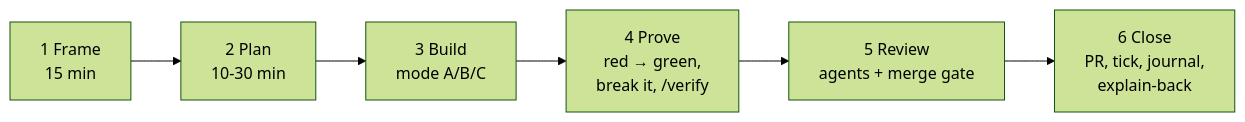
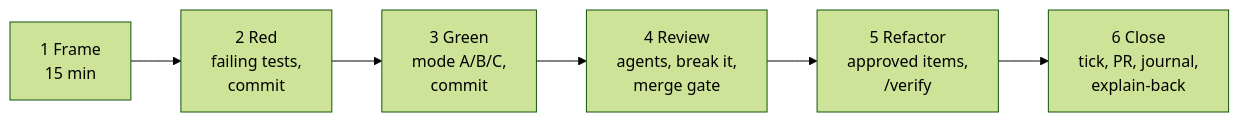
Before and after one commit to hinn1411/devcool-core: the diagram in docs/plans/delivery-playbook.md, drawn with Mermaid (forest theme). The commit also changed other lines of this file and 1 other file, not shown here.

````diff
--- a/docs/plans/delivery-playbook.md
+++ b/docs/plans/delivery-playbook.md
@@ -91,4 +91,4 @@
 ```mermaid
 flowchart LR
-  F[1 Frame<br/>15 min] --> P[2 Plan<br/>10-30 min] --> B[3 Build<br/>mode A/B/C] --> V[4 Prove<br/>red → green,<br/>break it, /verify] --> R[5 Review<br/>agents + merge gate] --> C[6 Close<br/>PR, tick, journal,<br/>explain-back]
+  F[1 Frame<br/>15 min] --> RD[2 Red<br/>failing tests,<br/>commit] --> G[3 Green<br/>mode A/B/C,<br/>commit] --> RV[4 Review<br/>agents, break it,<br/>merge gate] --> RF[5 Refactor<br/>approved items,<br/>/verify] --> C[6 Close<br/>tick, PR, journal,<br/>explain-back]
 ```
````
